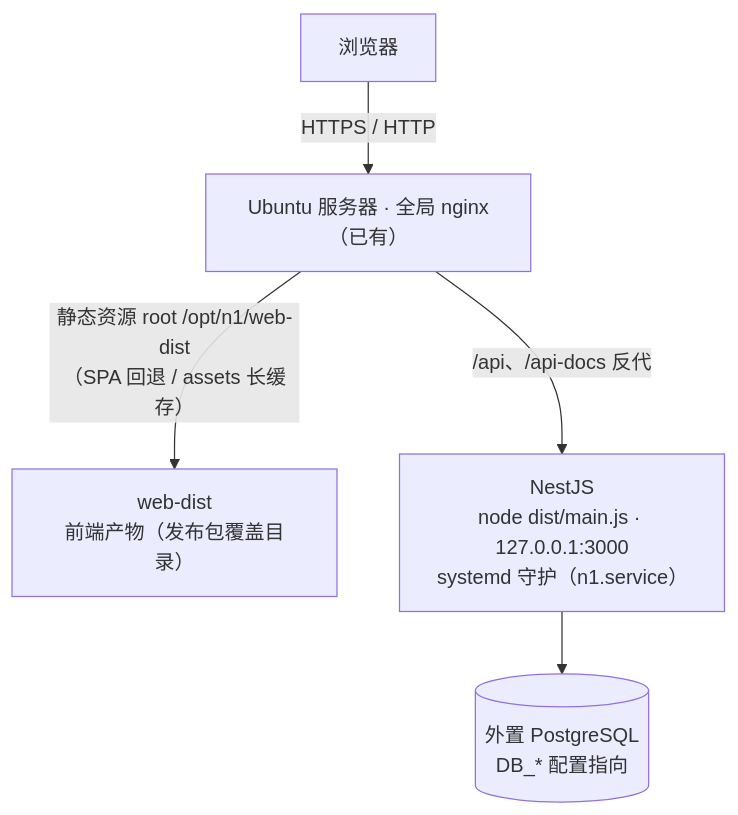
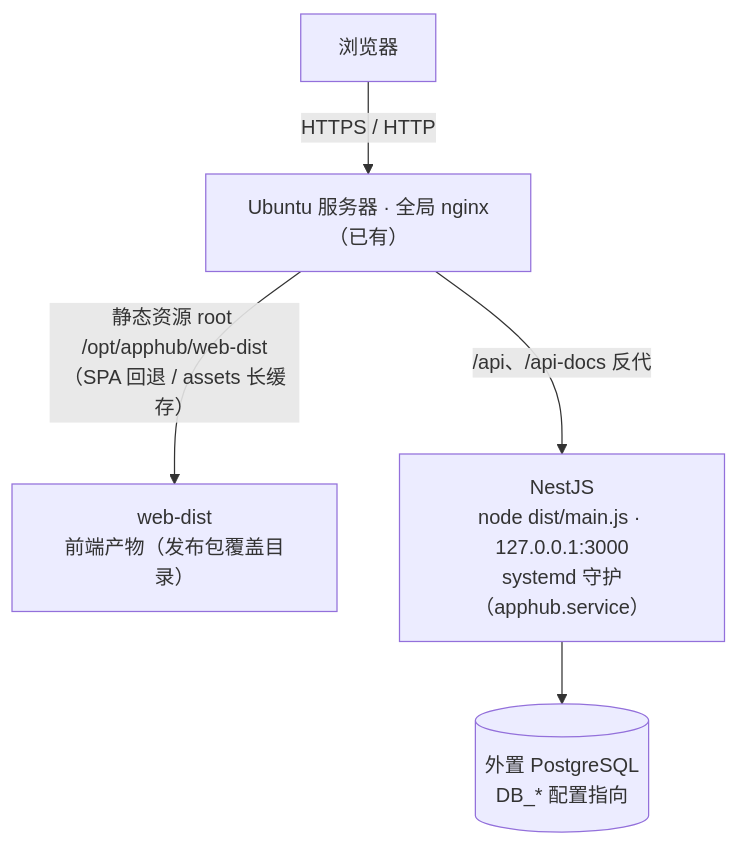
The first of 3 diagrams in docs/指南/发布包打包与部署指南.md (Harley-xk/apphub), drawn with Mermaid before and after one commit. The commit also changed other lines of this file and 12 other files, not shown here.

````diff
--- a/docs/指南/发布包打包与部署指南.md
+++ b/docs/指南/发布包打包与部署指南.md
@@ -18,7 +20,7 @@
 ```mermaid
 flowchart TB
     Browser["浏览器"] -->|"HTTPS / HTTP"| Nginx["Ubuntu 服务器 · 全局 nginx（已有）"]
-    Nginx -->|"静态资源 root /opt/n1/web-dist<br/>（SPA 回退 / assets 长缓存）"| WebDist["web-dist<br/>前端产物（发布包覆盖目录）"]
-    Nginx -->|"/api、/api-docs 反代"| Nest["NestJS<br/>node dist/main.js · 127.0.0.1:3000<br/>systemd 守护（n1.service）"]
+    Nginx -->|"静态资源 root /opt/apphub/web-dist<br/>（SPA 回退 / assets 长缓存）"| WebDist["web-dist<br/>前端产物（发布包覆盖目录）"]
+    Nginx -->|"/api、/api-docs 反代"| Nest["NestJS<br/>node dist/main.js · 127.0.0.1:3000<br/>systemd 守护（apphub.service）"]
     Nest --> DB[("外置 PostgreSQL<br/>DB_* 配置指向")]
 ```
````
